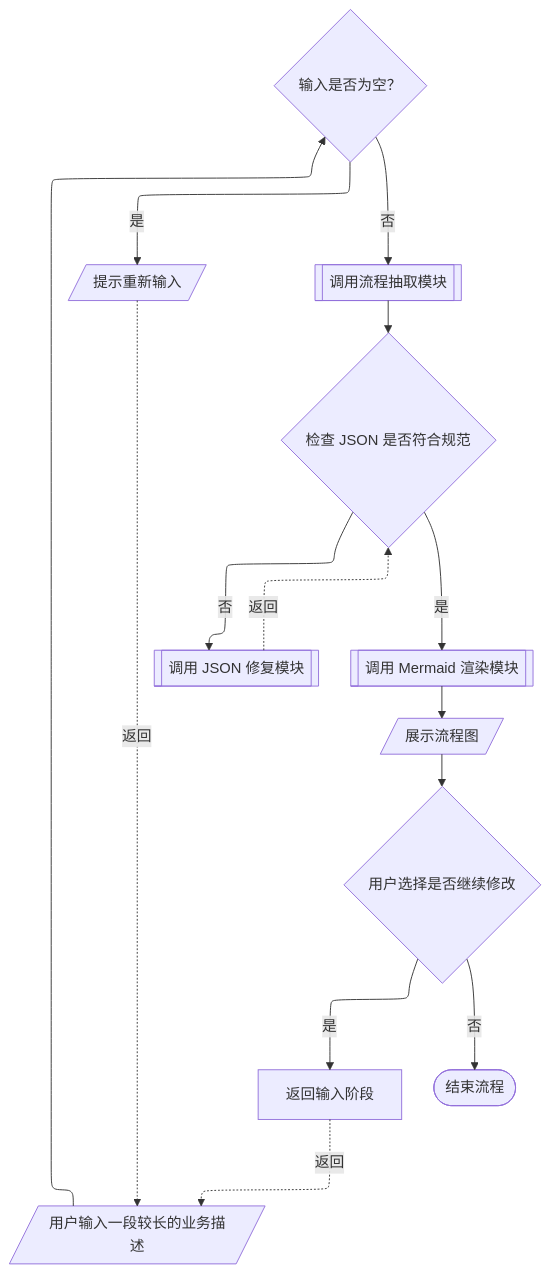
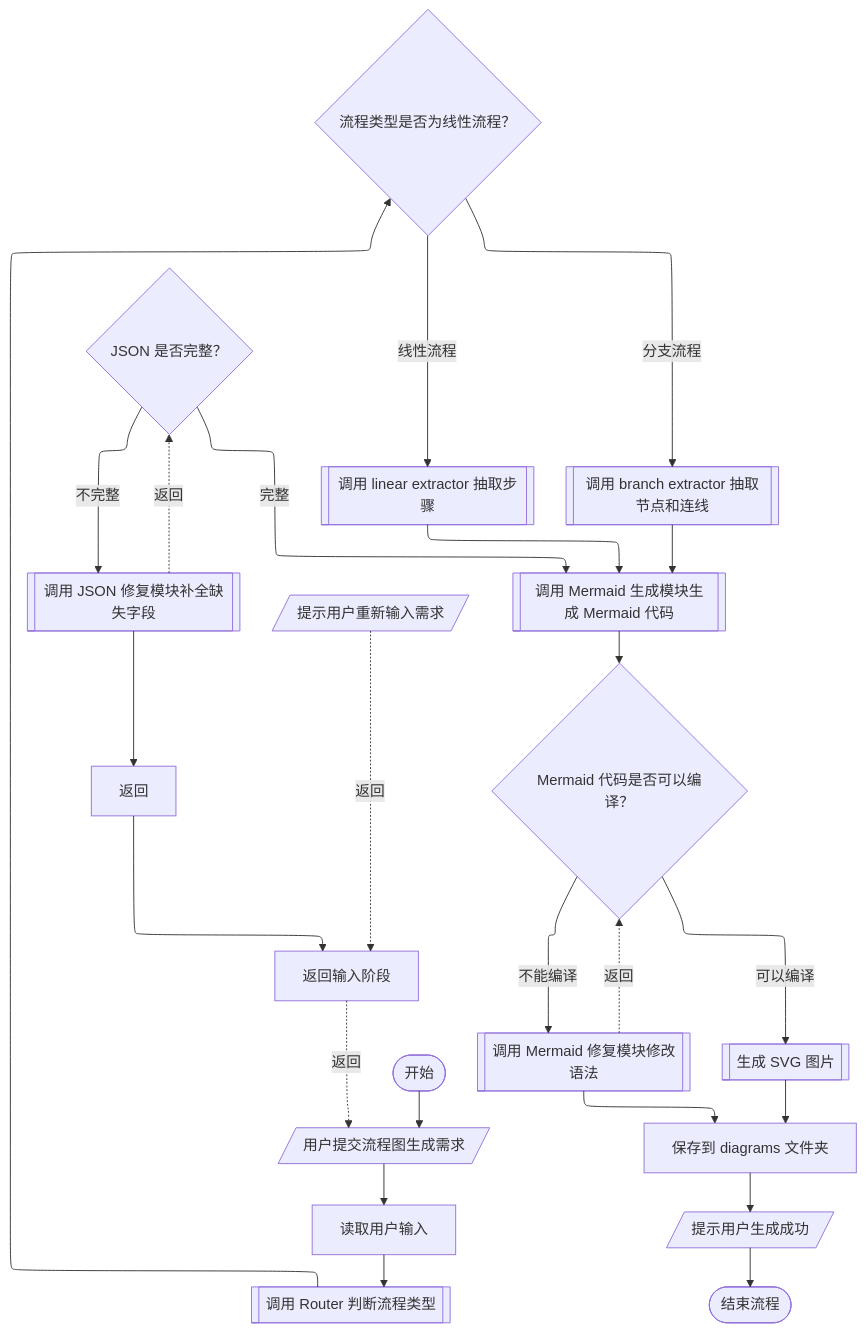
The diagram in diagrams/branch_flowchart.mmd (pujipia/Agent-Practise), drawn with Mermaid before and after one commit. The commit also changed 3 other files, not shown here.

```diff
--- a/diagrams/branch_flowchart.mmd
+++ b/diagrams/branch_flowchart.mmd
@@ -1,27 +1,45 @@
 %%{init: {"flowchart": {"defaultRenderer": "elk"}}}%%
 flowchart TD
-A[/"用户输入一段较长的业务描述"/]
-B{"输入是否为空？"}
-C[/"提示重新输入"/]
-D[["调用流程抽取模块"]]
-E{"检查 JSON 是否符合规范"}
-F[["调用 JSON 修复模块"]]
-H[["调用 Mermaid 渲染模块"]]
-I[/"展示流程图"/]
-J{"用户选择是否继续修改"}
+A(["开始"])
+B[/"用户提交流程图生成需求"/]
+C["读取用户输入"]
+D[["调用 Router 判断流程类型"]]
+E{"流程类型是否为线性流程？"}
+F[["调用 linear extractor 抽取步骤"]]
+G[["调用 branch extractor 抽取节点和连线"]]
+H{"JSON 是否完整？"}
+I[["调用 JSON 修复模块补全缺失字段"]]
+J["返回"]
 K["返回输入阶段"]
-L(["结束流程"])
+L[/"提示用户重新输入需求"/]
+M[["调用 Mermaid 生成模块生成 Mermaid 代码"]]
+N{"Mermaid 代码是否可以编译？"}
+O[["调用 Mermaid 修复模块修改语法"]]
+P[["生成 SVG 图片"]]
+Q["保存到 diagrams 文件夹"]
+R[/"提示用户生成成功"/]
+S(["结束流程"])
 
 A --> B
-B -->|是| C
-C -.->|返回| A
-B -->|否| D
+B --> C
+C --> D
 D --> E
-E -->|否| F
-F -.->|返回| E
-E -->|是| H
-H --> I
+E -->|线性流程| F
+E -->|分支流程| G
+F --> M
+M --> N
+N -->|不能编译| O
+N -->|可以编译| P
+P --> Q
+Q --> R
+R --> S
+H -->|不完整| I
 I --> J
-J -->|是| K
-K -.->|返回| A
-J -->|否| L
+J --> K
+K -.->|返回| B
+H -->|完整| M
+L -.->|返回| K
+G --> M
+O --> Q
+I -.->|返回| H
+O -.->|返回| N
```
